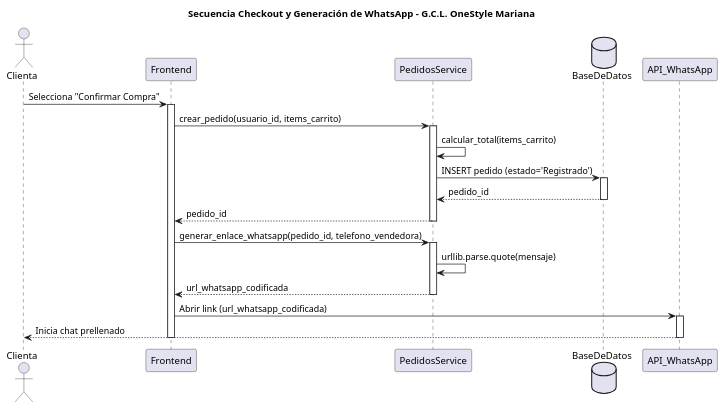
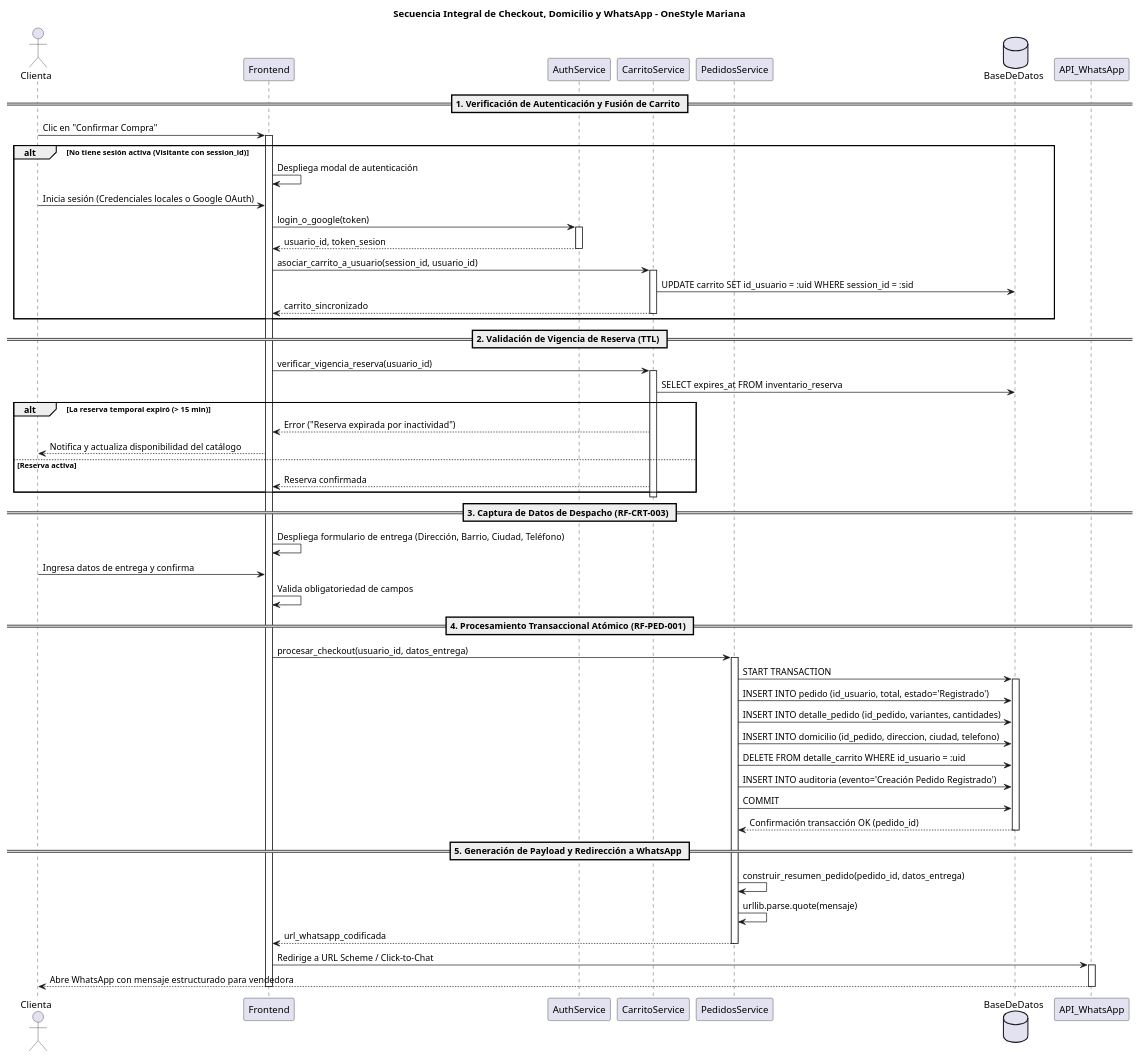
One commit to holo-t-leds/Concepto-OneStyle-Mariana changed the diagram in docs/secuencia/secuencia_checkout.puml. Above: the diagram before and after it, drawn with PlantUML.

Commit message:
Update sequence diagram for checkout and WhatsApp

```diff
--- a/docs/secuencia/secuencia_checkout.puml
+++ b/docs/secuencia/secuencia_checkout.puml
@@ -1,37 +1,75 @@
 @startuml
-title Secuencia Checkout y Generación de WhatsApp - G.C.L. OneStyle Mariana
+title Secuencia Integral de Checkout, Domicilio y WhatsApp - OneStyle Mariana
 
 actor Clienta
 participant Frontend
+participant AuthService
+participant CarritoService
 participant PedidosService
 database BaseDeDatos
 participant API_WhatsApp
 
-Clienta -> Frontend: Selecciona "Confirmar Compra"
+== 1. Verificación de Autenticación y Fusión de Carrito ==
+Clienta -> Frontend: Clic en "Confirmar Compra"
 activate Frontend
 
-Frontend -> PedidosService: crear_pedido(usuario_id, items_carrito)
+alt No tiene sesión activa (Visitante con session_id)
+    Frontend -> Frontend: Despliega modal de autenticación
+    Clienta -> Frontend: Inicia sesión (Credenciales locales o Google OAuth)
+    Frontend -> AuthService: login_o_google(token)
+    activate AuthService
+    AuthService --> Frontend: usuario_id, token_sesion
+    deactivate AuthService
+    
+    Frontend -> CarritoService: asociar_carrito_a_usuario(session_id, usuario_id)
+    activate CarritoService
+    CarritoService -> BaseDeDatos: UPDATE carrito SET id_usuario = :uid WHERE session_id = :sid
+    CarritoService --> Frontend: carrito_sincronizado
+    deactivate CarritoService
+end
+
+== 2. Validación de Vigencia de Reserva (TTL) ==
+Frontend -> CarritoService: verificar_vigencia_reserva(usuario_id)
+activate CarritoService
+CarritoService -> BaseDeDatos: SELECT expires_at FROM inventario_reserva
+alt La reserva temporal expiró (> 15 min)
+    CarritoService --> Frontend: Error ("Reserva expirada por inactividad")
+    Frontend --> Clienta: Notifica y actualiza disponibilidad del catálogo
+else Reserva activa
+    CarritoService --> Frontend: Reserva confirmada
+end
+deactivate CarritoService
+
+== 3. Captura de Datos de Despacho (RF-CRT-003) ==
+Frontend -> Frontend: Despliega formulario de entrega (Dirección, Barrio, Ciudad, Teléfono)
+Clienta -> Frontend: Ingresa datos de entrega y confirma
+Frontend -> Frontend: Valida obligatoriedad de campos
+
+== 4. Procesamiento Transaccional Atómico (RF-PED-001) ==
+Frontend -> PedidosService: procesar_checkout(usuario_id, datos_entrega)
 activate PedidosService
 
-PedidosService -> PedidosService: calcular_total(items_carrito)
-PedidosService -> BaseDeDatos: INSERT pedido (estado='Registrado')
+PedidosService -> BaseDeDatos: START TRANSACTION
 activate BaseDeDatos
-BaseDeDatos --> PedidosService: pedido_id
+PedidosService -> BaseDeDatos: INSERT INTO pedido (id_usuario, total, estado='Registrado')
+PedidosService -> BaseDeDatos: INSERT INTO detalle_pedido (id_pedido, variantes, cantidades)
+PedidosService -> BaseDeDatos: INSERT INTO domicilio (id_pedido, direccion, ciudad, telefono)
+PedidosService -> BaseDeDatos: DELETE FROM detalle_carrito WHERE id_usuario = :uid
+PedidosService -> BaseDeDatos: INSERT INTO auditoria (evento='Creación Pedido Registrado')
+PedidosService -> BaseDeDatos: COMMIT
+BaseDeDatos --> PedidosService: Confirmación transacción OK (pedido_id)
 deactivate BaseDeDatos
 
-PedidosService --> Frontend: pedido_id
-deactivate PedidosService
-
-Frontend -> PedidosService: generar_enlace_whatsapp(pedido_id, telefono_vendedora)
-activate PedidosService
+== 5. Generación de Payload y Redirección a WhatsApp ==
+PedidosService -> PedidosService: construir_resumen_pedido(pedido_id, datos_entrega)
 PedidosService -> PedidosService: urllib.parse.quote(mensaje)
 PedidosService --> Frontend: url_whatsapp_codificada
 deactivate PedidosService
 
-Frontend -> API_WhatsApp: Abrir link (url_whatsapp_codificada)
+Frontend -> API_WhatsApp: Redirige a URL Scheme / Click-to-Chat
 activate API_WhatsApp
-API_WhatsApp --> Clienta: Inicia chat prellenado
+API_WhatsApp --> Clienta: Abre WhatsApp con mensaje estructurado para vendedora
 deactivate API_WhatsApp
 
 deactivate Frontend
 @enduml
```
